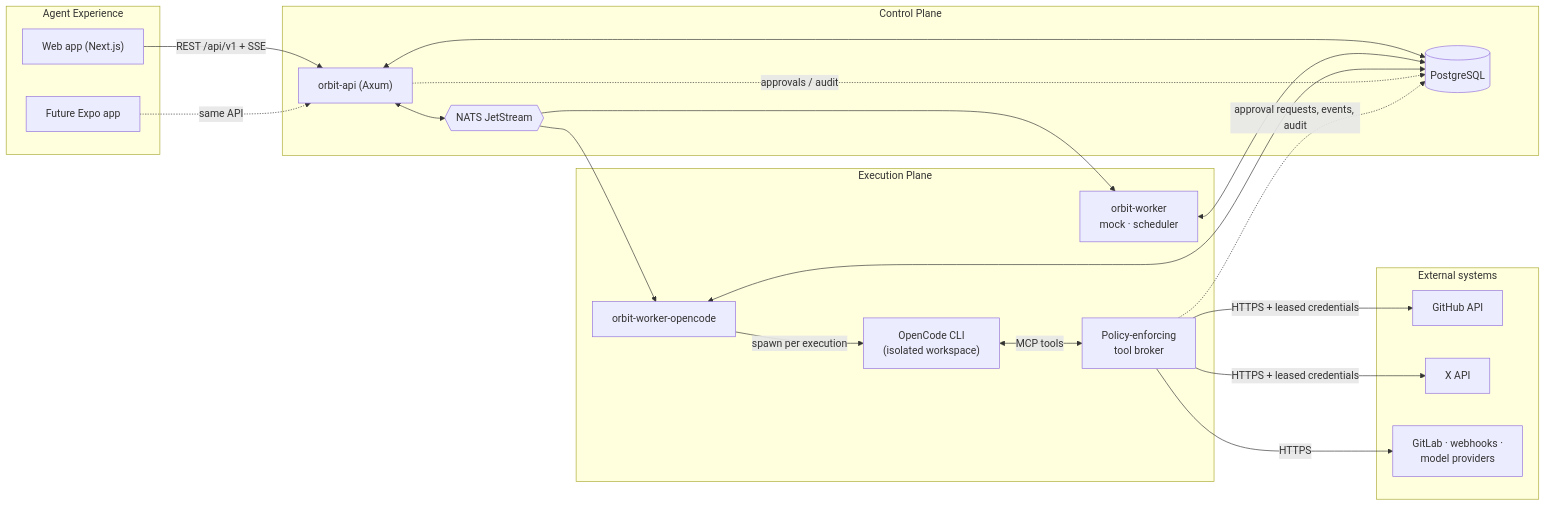
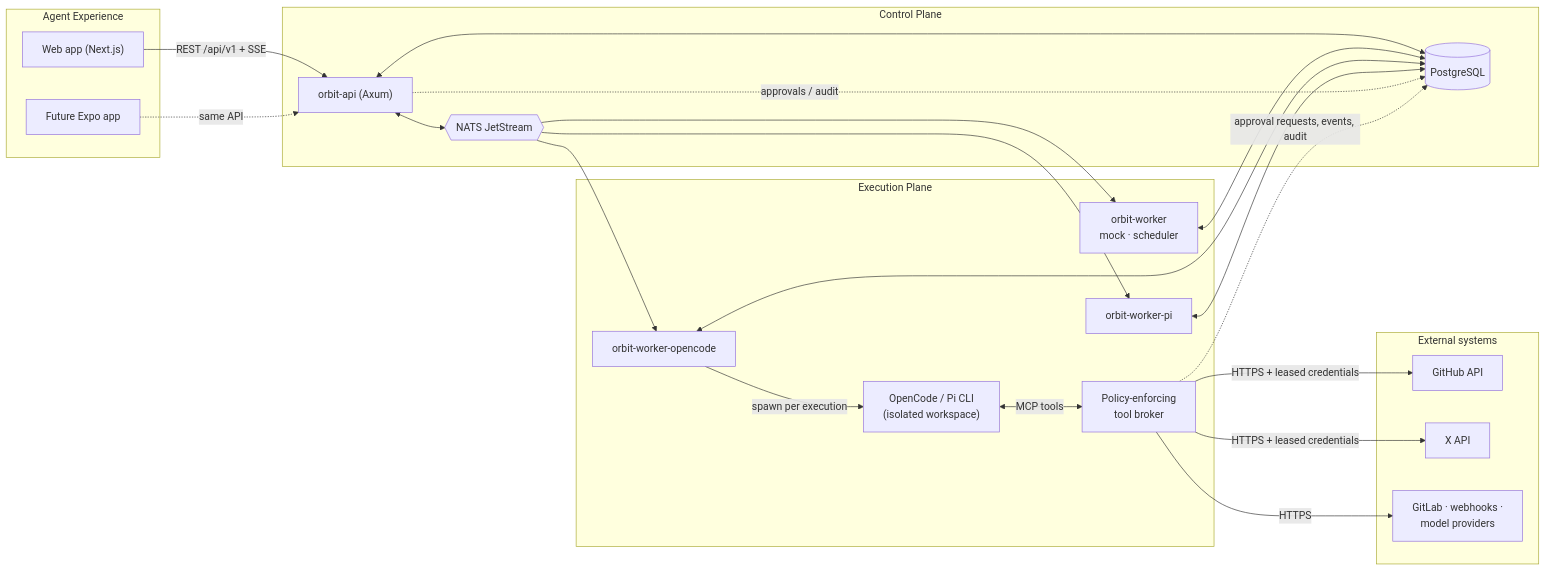
One commit to mikemikimike/orbit changed the first of 5 diagrams in docs/architecture/diagram.md. Above: the diagram before and after it, drawn with Mermaid. The commit also changed other lines of this file and 1 other file, not shown here.

Commit message:
docs: update architecture diagrams and overview to reflect current code

````diff
--- a/docs/architecture/diagram.md
+++ b/docs/architecture/diagram.md
@@ -24,42 +24,45 @@
 ```mermaid
 flowchart LR
   subgraph Experience["Agent Experience"]
     Web["Web app (Next.js)"]
     Mobile["Future Expo app"]
   end
 
   subgraph Control["Control Plane"]
     API["orbit-api (Axum)"]
     DB[("PostgreSQL")]
     Bus{{"NATS JetStream"}}
   end
 
   subgraph Execution["Execution Plane"]
     Worker["orbit-worker<br/>mock · scheduler"]
     OCWorker["orbit-worker-opencode"]
-    Harness["OpenCode CLI<br/>(isolated workspace)"]
+    PiWorker["orbit-worker-pi"]
+    Harness["OpenCode / Pi CLI<br/>(isolated workspace)"]
     Broker["Policy-enforcing<br/>tool broker"]
   end
 
   subgraph External["External systems"]
     GitHub["GitHub API"]
     X["X API"]
     More["GitLab · webhooks ·<br/>model providers"]
   end
 
   Web -->|"REST /api/v1 + SSE"| API
   Mobile -.->|"same API"| API
   API <--> DB
   API <--> Bus
   Bus --> Worker
   Bus --> OCWorker
+  Bus --> PiWorker
   Worker <--> DB
   OCWorker <--> DB
+  PiWorker <--> DB
   OCWorker -->|"spawn per execution"| Harness
   Harness <-->|"MCP tools"| Broker
   Broker -->|"HTTPS + leased credentials"| GitHub
   Broker -->|"HTTPS + leased credentials"| X
   Broker -->|"HTTPS"| More
   API -.->|"approvals / audit"| DB
   Broker -.->|"approval requests, events, audit"| DB
 ```
````
